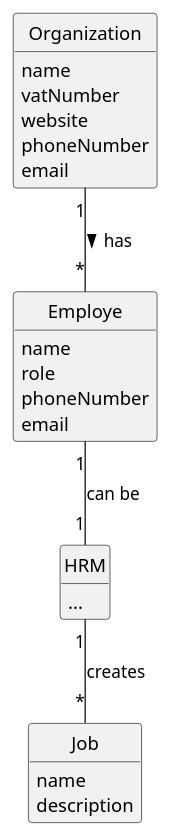
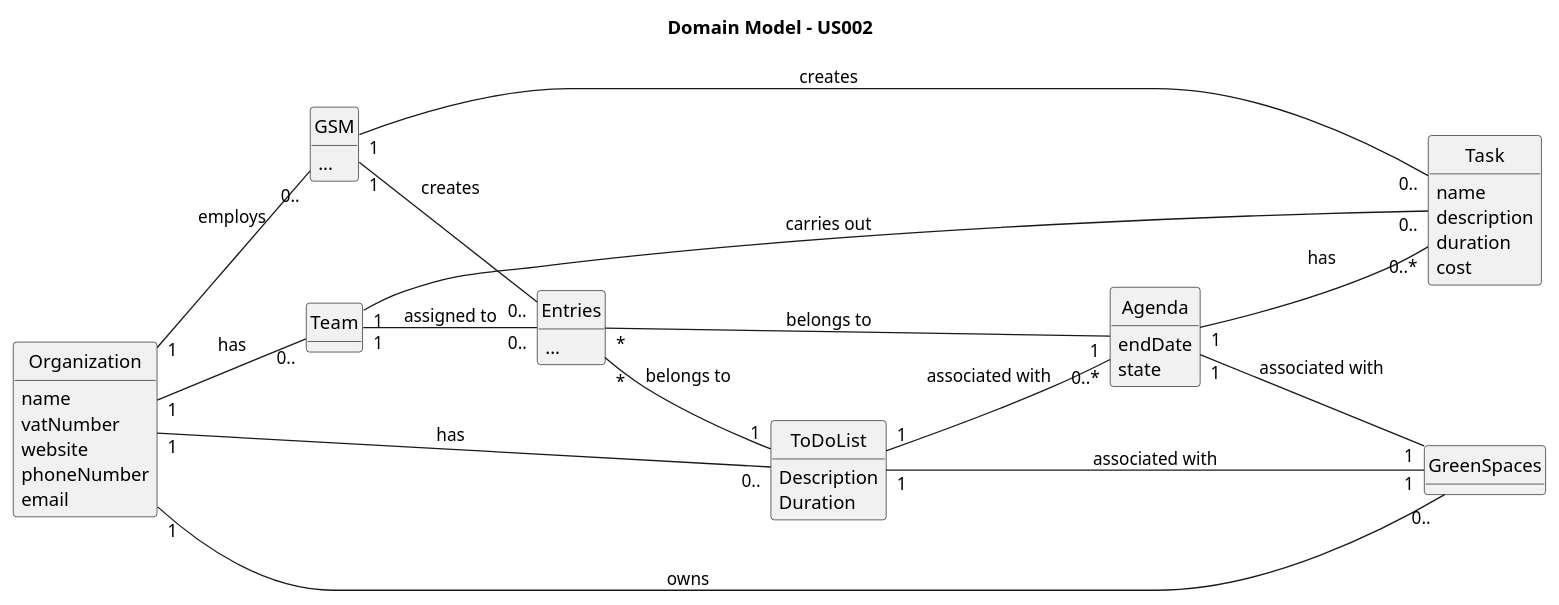
The diagram in docs/sprintC/us022/02.analysis/puml/us002-domain-model.puml (Departamento-de-Engenharia-Informatica/greenspace-management), drawn with PlantUML before and after one commit. The commit also changed 9 other files, not shown here.

```diff
--- a/docs/sprintC/us022/02.analysis/puml/us002-domain-model.puml
+++ b/docs/sprintC/us022/02.analysis/puml/us002-domain-model.puml
@@ -1,46 +1,69 @@
 @startuml
 skinparam monochrome true
 skinparam packageStyle rectangle
 skinparam shadowing false
-
-'left to right direction
-
 skinparam classAttributeIconSize 0
-
 hide circle
 hide methods
 
-'title Domain Model
+title Domain Model - US002
 
-'class Platform {
-'  -description
-'}
+left to right direction
 
 class Organization {
     name
     vatNumber
     website
     phoneNumber
     email
 }
 
-class Employe {
-    name
-    role
-    phoneNumber
-    email
-}
-class HRM {
+class GSM {
     ...
 }
-class Job {
+
+class GreenSpaces {
+}
+
+class Task {
     name
     description
+    duration
+    cost
+}
+
+class Agenda {
+    endDate
+    state
 }
 
 
-Employe "1" -- "1" HRM : can be
-Organization "1" -- "*" Employe : has >
+class ToDoList {
+    Description
+    Duration
+}
 
-HRM "1" -- "*" Job : creates
+class Entries {
+    ...
+}
+
+Organization "1" -- "0.." GreenSpaces : owns
+Organization "1" -- "0.." GSM : employs
+Organization "1" -- "0.." Team : has
+Organization "1" -- "0.." ToDoList : has
+
+GSM "1" -- "0.." Task : creates
+GSM "1" -- "0.." Entries : creates
+Entries "*" -- "1" ToDoList : belongs to
+Entries "*" -- "1" Agenda : belongs to
+
+Team "1" -- "0.." Task : carries out
+Team "1" -- "0.." Entries : assigned to
+
+Agenda "1" -- "0..*" Task : has
+Agenda "1" -- "1" GreenSpaces : associated with
+
+ToDoList "1" -- "1" GreenSpaces : associated with
+ToDoList "1" -- "0..*" Agenda : associated with
+
 @enduml
```
